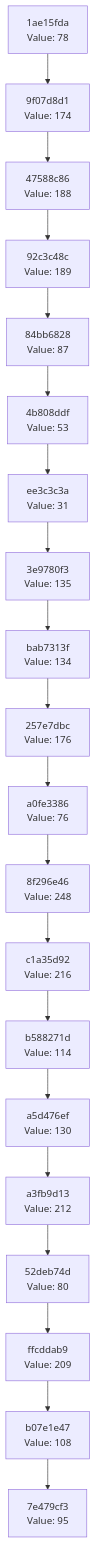
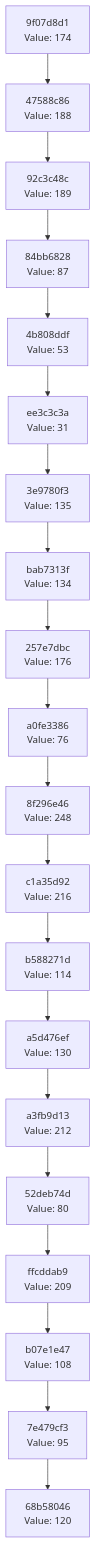
Before and after one commit to Abhisheksinha1506/hash-chain-evolver: the diagram in docs/CHAIN_VISUALIZATION.md, drawn with Mermaid. The commit also changed 3 other files, not shown here.

````diff
--- a/docs/CHAIN_VISUALIZATION.md
+++ b/docs/CHAIN_VISUALIZATION.md
@@ -3,42 +3,42 @@
 ```mermaid
 graph TD
-    C0["7e479cf3<br/>Value: 95"]
-    C1["b07e1e47<br/>Value: 108"]
+    C0["68b58046<br/>Value: 120"]
+    C1["7e479cf3<br/>Value: 95"]
     C1 --> C0
-    C2["ffcddab9<br/>Value: 209"]
+    C2["b07e1e47<br/>Value: 108"]
     C2 --> C1
-    C3["52deb74d<br/>Value: 80"]
+    C3["ffcddab9<br/>Value: 209"]
     C3 --> C2
-    C4["a3fb9d13<br/>Value: 212"]
+    C4["52deb74d<br/>Value: 80"]
     C4 --> C3
-    C5["a5d476ef<br/>Value: 130"]
+    C5["a3fb9d13<br/>Value: 212"]
     C5 --> C4
-    C6["b588271d<br/>Value: 114"]
+    C6["a5d476ef<br/>Value: 130"]
     C6 --> C5
-    C7["c1a35d92<br/>Value: 216"]
+    C7["b588271d<br/>Value: 114"]
     C7 --> C6
-    C8["8f296e46<br/>Value: 248"]
+    C8["c1a35d92<br/>Value: 216"]
     C8 --> C7
-    C9["a0fe3386<br/>Value: 76"]
+    C9["8f296e46<br/>Value: 248"]
     C9 --> C8
-    C10["257e7dbc<br/>Value: 176"]
+    C10["a0fe3386<br/>Value: 76"]
     C10 --> C9
-    C11["bab7313f<br/>Value: 134"]
+    C11["257e7dbc<br/>Value: 176"]
     C11 --> C10
-    C12["3e9780f3<br/>Value: 135"]
+    C12["bab7313f<br/>Value: 134"]
     C12 --> C11
-    C13["ee3c3c3a<br/>Value: 31"]
+    C13["3e9780f3<br/>Value: 135"]
     C13 --> C12
-    C14["4b808ddf<br/>Value: 53"]
+    C14["ee3c3c3a<br/>Value: 31"]
     C14 --> C13
-    C15["84bb6828<br/>Value: 87"]
+    C15["4b808ddf<br/>Value: 53"]
     C15 --> C14
-    C16["92c3c48c<br/>Value: 189"]
+    C16["84bb6828<br/>Value: 87"]
     C16 --> C15
-    C17["47588c86<br/>Value: 188"]
+    C17["92c3c48c<br/>Value: 189"]
     C17 --> C16
-    C18["9f07d8d1<br/>Value: 174"]
+    C18["47588c86<br/>Value: 188"]
     C18 --> C17
-    C19["1ae15fda<br/>Value: 78"]
+    C19["9f07d8d1<br/>Value: 174"]
     C19 --> C18
 ```
````
